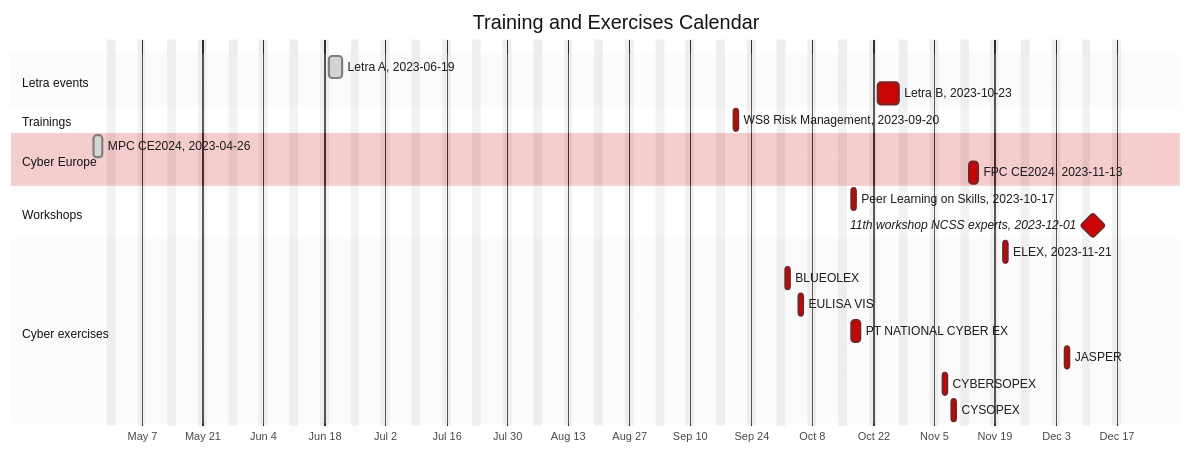
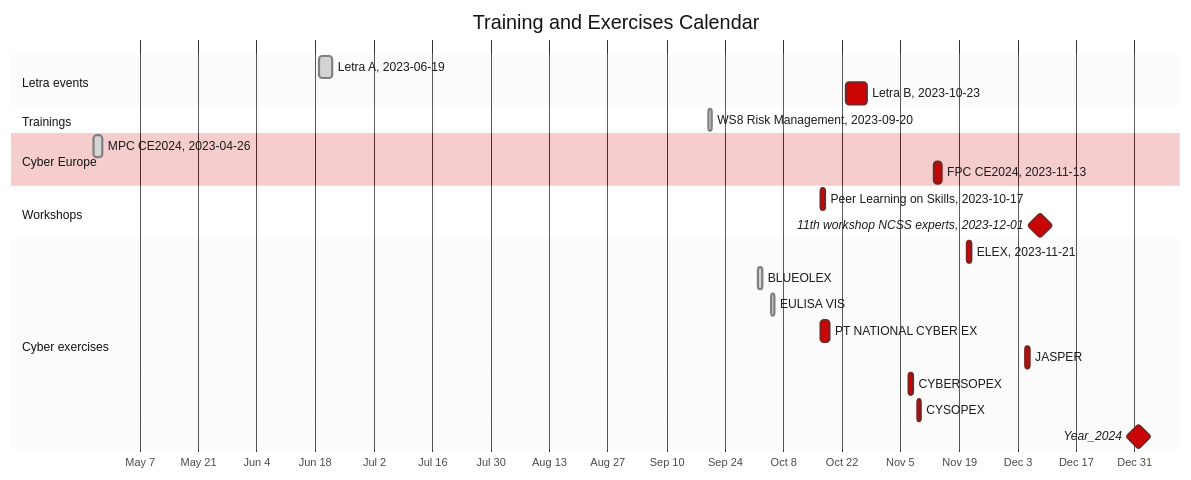
The diagram in calendar.md (ENISA-Exercises/Public01), drawn with Mermaid before and after one commit.

Commit message:
Update calendar.md
sync calendar to Readme

````diff
--- a/calendar.md
+++ b/calendar.md
@@ -1,45 +1,44 @@
 ```mermaid
 %%{
   init: {
     'theme': 'base',
     'themeVariables': {
       'darkmode': 'false',
       'fontFamily': 'Arial',
       'background':	'#EBEBEB',
       'primaryColor': '#CB0505',
       'primaryTextColor': '#1D1D1B',
       'secondaryColor': '#004F9F',
       'tertiaryColor': '#EBEBEB',
       'lineColor': '#1D1D1B'
     }
   }
 }%%
 gantt
-excludes   weekends %% (`excludes` accepts specific dates in YYYY-MM-DD format, days of the week ("sunday") or "weekends", but not the word "weekdays".)
   title Training and Exercises Calendar
   dateFormat YYYY-MM-DD %%Input date format. The default input date format is YYYY-MM-DD
   axisFormat %b %e
   tickInterval 2week
 %%displayed gantt bar info
   section Letra events
     Letra A, 2023-06-19: done, Letra202306, 2023-06-19, 3d
     Letra B, 2023-10-23: Letra202310, 2023-10-23, 5d
   section Trainings
-    WS8 Risk Management, 2023-09-20: TRAINING45189, 2023-09-20, 1d
+    WS8 Risk Management, 2023-09-20: done, TRAINING45189, 2023-09-20, 1d
   section Cyber Europe
     MPC CE2024, 2023-04-26: done, CE24, 2023-04-26, 2d
     FPC CE2024, 2023-11-13: CONFERENCE45243, 2023-11-13, 2d
   section Workshops
     Peer Learning on Skills, 2023-10-17: physical_workshop45216, 2023-10-17, 1d
     11th workshop NCSS experts, 2023-12-01: milestone, virtual_workshop45261, 2023-12-01, 15d
   section Cyber exercises
     ELEX, 2023-11-21: ELEX2023, 2023-11-21, 1d
-    BLUEOLEX: EXERCISE45201, 2023-10-02, 1d
-    EULISA VIS: EXERCISE45204, 2023-10-05, 1d
+    BLUEOLEX: done, EXERCISE45201, 2023-10-02, 1d
+    EULISA VIS: done, EXERCISE45204, 2023-10-05, 1d
     PT NATIONAL CYBER EX: EXERCISE45216, 2023-10-17, 2d
     JASPER: EXERCISE45265, 2023-12-05, 1d
     CYBERSOPEX: EXERCISE45237, 2023-11-07, 1d
     CYSOPEX: EXERCISE45239, 2023-11-09, 1d
 %%  Year_2023: milestone, Year23, 2023-01-01, 0d
-%%  Year_2024: milestone, Year24, 2024-01-01, 0d
+Year_2024: milestone, Year24, 2024-01-01, 0d
 ```
````
